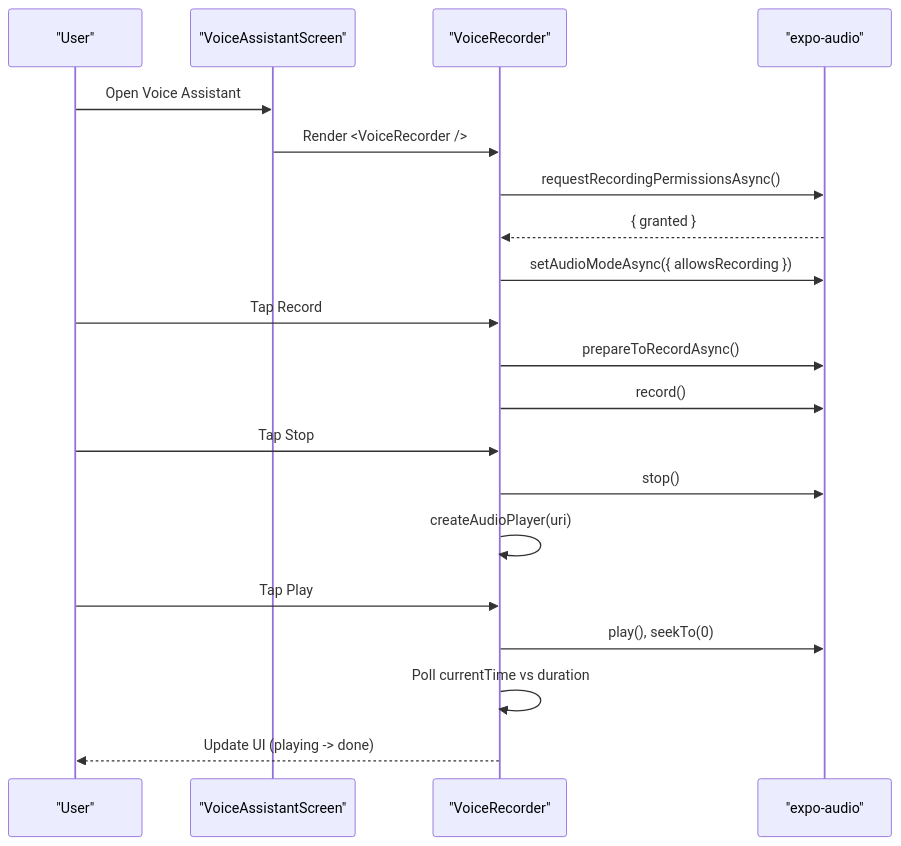
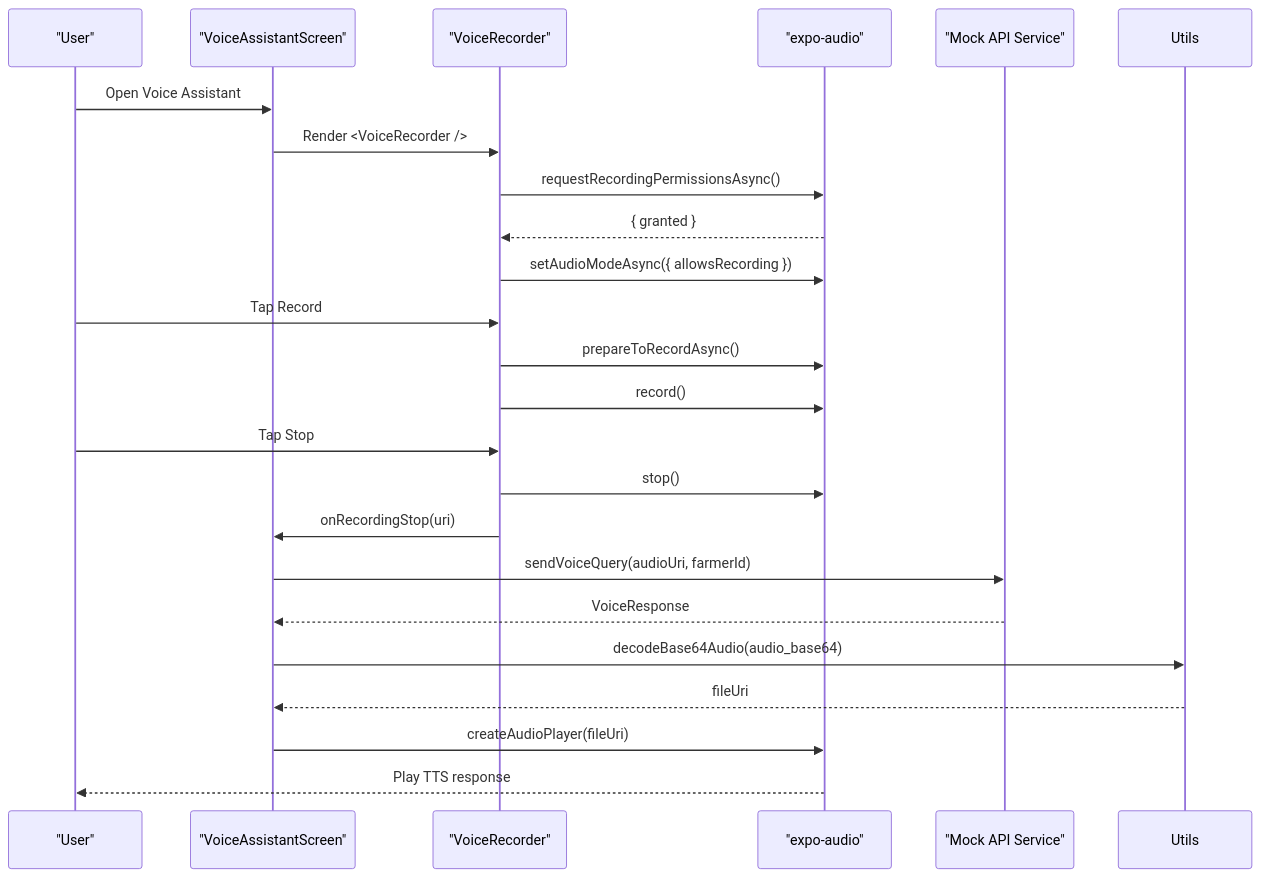
One commit to Aiman-Naeem/KisaanDost_AI_hackathon_Pakistan changed the second of 2 diagrams in .qoder/repowiki/en/content/Component Reference.md. Above: the diagram before and after it, drawn with Mermaid. The commit also changed other lines of this file and 42 other files, not shown here.

Commit message:
Day 2: farmer identity persistence, voice UX polish, listing detail/edit/call, shared design system, QA pass

````diff
--- a/.qoder/repowiki/en/content/Component Reference.md
+++ b/.qoder/repowiki/en/content/Component Reference.md
@@ -69,22 +94,25 @@
 ```mermaid
 sequenceDiagram
 participant User as "User"
 participant Screen as "VoiceAssistantScreen"
 participant VR as "VoiceRecorder"
 participant Audio as "expo-audio"
+participant API as "Mock API Service"
 User->>Screen : Open Voice Assistant
 Screen->>VR : Render <VoiceRecorder />
 VR->>Audio : requestRecordingPermissionsAsync()
 Audio-->>VR : { granted }
 VR->>Audio : setAudioModeAsync({ allowsRecording })
 User->>VR : Tap Record
 VR->>Audio : prepareToRecordAsync()
 VR->>Audio : record()
 User->>VR : Tap Stop
 VR->>Audio : stop()
-VR->>VR : createAudioPlayer(uri)
-User->>VR : Tap Play
-VR->>Audio : play(), seekTo(0)
-VR->>VR : Poll currentTime vs duration
-VR-->>User : Update UI (playing -> done)
+VR->>Screen : onRecordingStop(uri)
+Screen->>API : sendVoiceQuery(audioUri, farmerId)
+API-->>Screen : VoiceResponse
+Screen->>Utils : decodeBase64Audio(audio_base64)
+Utils-->>Screen : fileUri
+Screen->>Audio : createAudioPlayer(fileUri)
+Audio-->>User : Play TTS response
 ```
````
